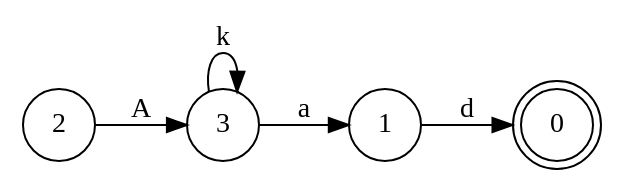
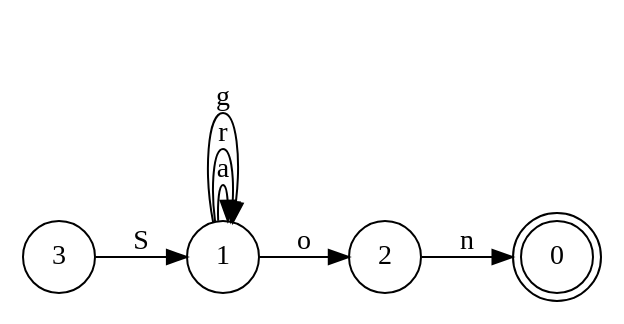
The diagram in automaton.dot (td2thinh/RegEx), drawn with Graphviz before and after one commit. The commit also changed 6 other files, not shown here.

```diff
--- a/automaton.dot
+++ b/automaton.dot
@@ -1,11 +1,13 @@
 digraph Automaton {
 rankdir=LR;
 size="8,5"
 node [shape = doublecircle];
 0;
 node [shape = circle];
-1 -> 0 [ label = "d" ];
-2 -> 3 [ label = "A" ];
-3 -> 1 [ label = "a" ];
-3 -> 3 [ label = "k" ];
+1 -> 1 [ label = "a" ];
+1 -> 1 [ label = "r" ];
+1 -> 1 [ label = "g" ];
+1 -> 2 [ label = "o" ];
+2 -> 0 [ label = "n" ];
+3 -> 1 [ label = "S" ];
 }
```
